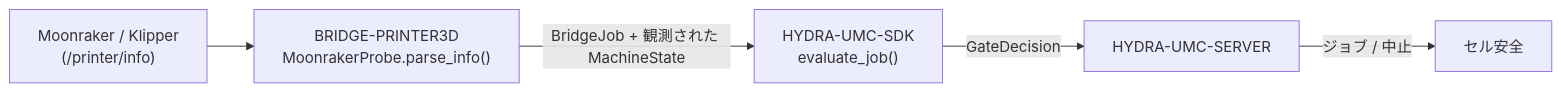
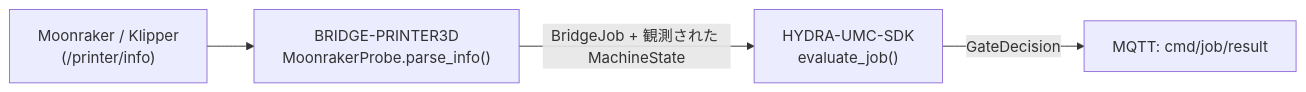
One commit to JuanenRac/HYDRA-UMC-BRIDGE-PRINTER3D changed the diagram in README_jpn.md. Above: the diagram before and after it, drawn with Mermaid. The commit also changed other lines of this file and 21 other files, not shown here.

````diff
--- a/README_jpn.md
+++ b/README_jpn.md
@@ -50,7 +51,6 @@
 ```mermaid
 flowchart LR
     PRINTER["Moonraker / Klipper<br/>(/printer/info)"] --> BRIDGE["BRIDGE-PRINTER3D<br/>MoonrakerProbe.parse_info()"]
     BRIDGE -- "BridgeJob + 観測された MachineState" --> SDK["HYDRA-UMC-SDK<br/>evaluate_job()"]
-    SDK -- GateDecision --> SERVER["HYDRA-UMC-SERVER"]
-    SERVER -- "ジョブ / 中止" --> CELL["セル安全"]
+    SDK -- GateDecision --> RESULT["MQTT: cmd/job/result"]
 ```
````
